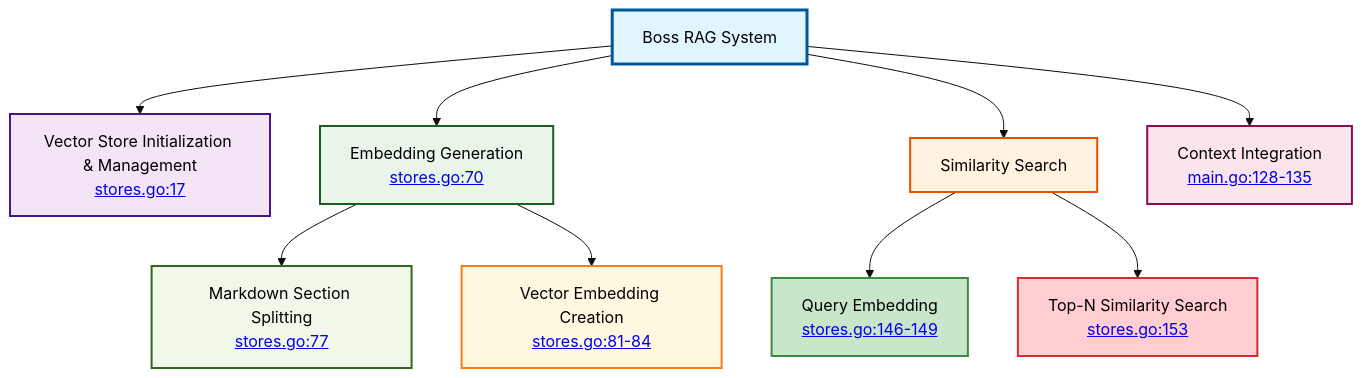
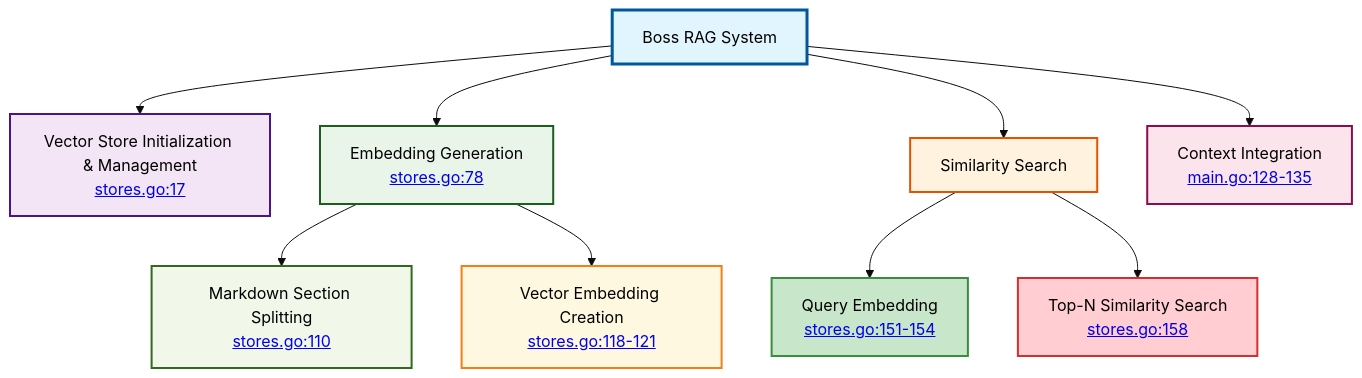
The first of 5 diagrams in deck/800-DUNGEON/03-dungeon-end-of-level-boss/agents/104-boss-rag-system.md (Compose-and-Dragons/dungeon.v1), drawn with Mermaid (base theme) before and after one commit. The commit also changed 1 other file, not shown here.

Commit message:
update mermaid graphs accordingly to code changes

````diff
--- a/deck/800-DUNGEON/03-dungeon-end-of-level-boss/agents/104-boss-rag-system.md
+++ b/deck/800-DUNGEON/03-dungeon-end-of-level-boss/agents/104-boss-rag-system.md
@@ -9,33 +9,33 @@
 ```mermaid
 flowchart TD
     RAGSystem[Boss RAG System]:::main
     RAGSystem --> VectorStore[Vector Store Initialization & Management<br/><a href='/dungeon-end-of-level-boss/agents/stores.go#L17'>stores.go:17</a>]:::store
-    RAGSystem --> EmbeddingGeneration[Embedding Generation<br/><a href='/dungeon-end-of-level-boss/agents/stores.go#L70'>stores.go:70</a>]:::embedding
+    RAGSystem --> EmbeddingGeneration[Embedding Generation<br/><a href='/dungeon-end-of-level-boss/agents/stores.go#L78'>stores.go:78</a>]:::embedding
     RAGSystem --> SimilaritySearch[Similarity Search]:::search
     RAGSystem --> ContextIntegration[Context Integration<br/><a href='/dungeon-end-of-level-boss/main.go#L128'>main.go:128-135</a>]:::integration
 
-    EmbeddingGeneration --> ChunkSplitting["Markdown Section Splitting<br/><a href='/dungeon-end-of-level-boss/agents/stores.go#L77'>stores.go:77</a>"]:::splitting
-    EmbeddingGeneration --> VectorCreation["Vector Embedding Creation<br/><a href='/dungeon-end-of-level-boss/agents/stores.go#L81'>stores.go:81-84</a>"]:::vectors
+    EmbeddingGeneration --> ChunkSplitting["Markdown Section Splitting<br/><a href='/dungeon-end-of-level-boss/agents/stores.go#L110'>stores.go:110</a>"]:::splitting
+    EmbeddingGeneration --> VectorCreation["Vector Embedding Creation<br/><a href='/dungeon-end-of-level-boss/agents/stores.go#L118'>stores.go:118-121</a>"]:::vectors
 
-    SimilaritySearch --> QueryEmbedding["Query Embedding<br/><a href='/dungeon-end-of-level-boss/agents/stores.go#L146'>stores.go:146-149</a>"]:::query
-    SimilaritySearch --> TopNSearch["Top-N Similarity Search<br/><a href='/dungeon-end-of-level-boss/agents/stores.go#L153'>stores.go:153</a>"]:::topn
+    SimilaritySearch --> QueryEmbedding["Query Embedding<br/><a href='/dungeon-end-of-level-boss/agents/stores.go#L151'>stores.go:151-154</a>"]:::query
+    SimilaritySearch --> TopNSearch["Top-N Similarity Search<br/><a href='/dungeon-end-of-level-boss/agents/stores.go#L158'>stores.go:158</a>"]:::topn
 
 
 
     classDef main fill:#e1f5fe,stroke:#01579b,stroke-width:3px,color:#000
     classDef store fill:#f3e5f5,stroke:#4a148c,stroke-width:2px,color:#000
     classDef embedding fill:#e8f5e8,stroke:#1b5e20,stroke-width:2px,color:#000
     classDef search fill:#fff3e0,stroke:#e65100,stroke-width:2px,color:#000
     classDef integration fill:#fce4ec,stroke:#880e4f,stroke-width:2px,color:#000
     classDef storeinit fill:#e0f2f1,stroke:#00695c,stroke-width:2px,color:#000
     classDef persistence fill:#f9fbe7,stroke:#827717,stroke-width:2px,color:#000
     classDef loading fill:#e8eaf6,stroke:#283593,stroke-width:2px,color:#000
     classDef reading fill:#e4f7ff,stroke:#0277bd,stroke-width:2px,color:#000
     classDef splitting fill:#f1f8e9,stroke:#33691e,stroke-width:2px,color:#000
     classDef vectors fill:#fff8e1,stroke:#f57f17,stroke-width:2px,color:#000
     classDef query fill:#c8e6c9,stroke:#388e3c,stroke-width:2px,color:#000
     classDef topn fill:#ffcdd2,stroke:#d32f2f,stroke-width:2px,color:#000
     classDef threshold fill:#ffebee,stroke:#c62828,stroke-width:2px,color:#000
     classDef enhancement fill:#e1f5fe,stroke:#0288d1,stroke-width:2px,color:#000
     classDef combination fill:#f3e5f5,stroke:#6a1b9a,stroke-width:2px,color:#000
 ```
````
